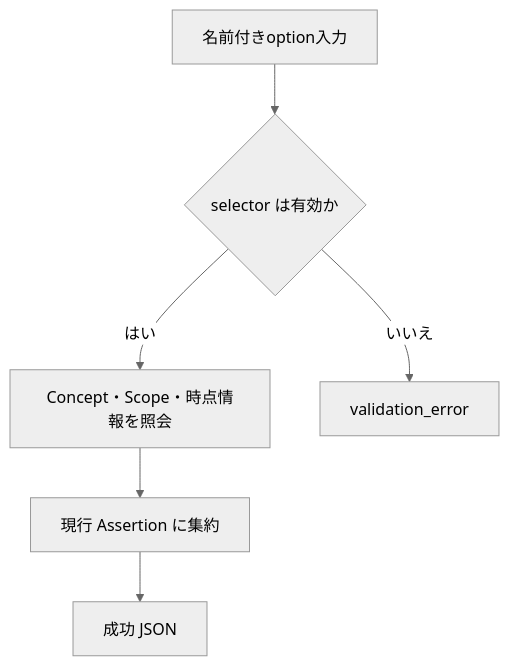
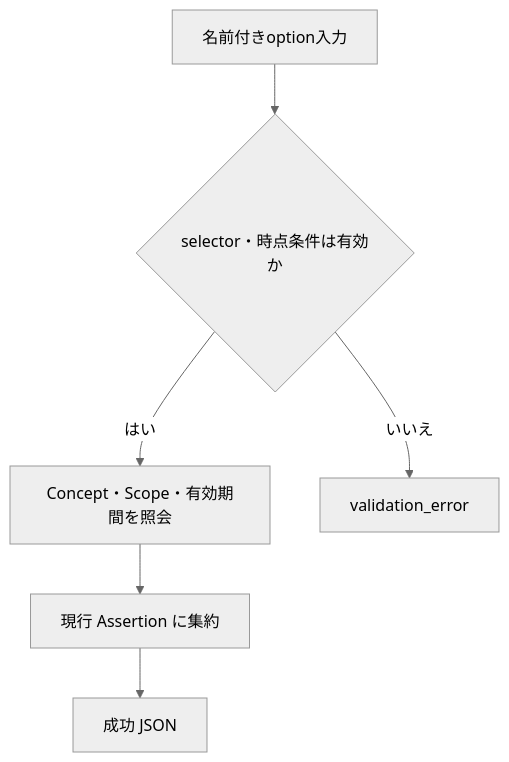
The first of 2 diagrams in documents/docs/features/FEAT-001/design/commands/search-temporal.md (yukihito-jokyu/knowledge), drawn with Mermaid (neutral theme) before and after one commit. The commit also changed other lines of this file and 10 other files, not shown here.

Commit message:
📚 FEAT-001の設計とTaskへschema v2とsearch-temporalの仕様を反映 #181

````diff
--- a/documents/docs/features/FEAT-001/design/commands/search-temporal.md
+++ b/documents/docs/features/FEAT-001/design/commands/search-temporal.md
@@ -73,8 +78,8 @@
 ```mermaid
 flowchart TD
-  A["名前付きoption入力"] --> B{"selector は有効か"}
-  B -- はい --> C["Concept・Scope・時点情報を照会"]
+  A["名前付きoption入力"] --> B{"selector・時点条件は有効か"}
+  B -- はい --> C["Concept・Scope・有効期間を照会"]
   B -- いいえ --> E["validation_error"]
   C --> D["現行 Assertion に集約"]
   D --> F["成功 JSON"]
 ```
````
